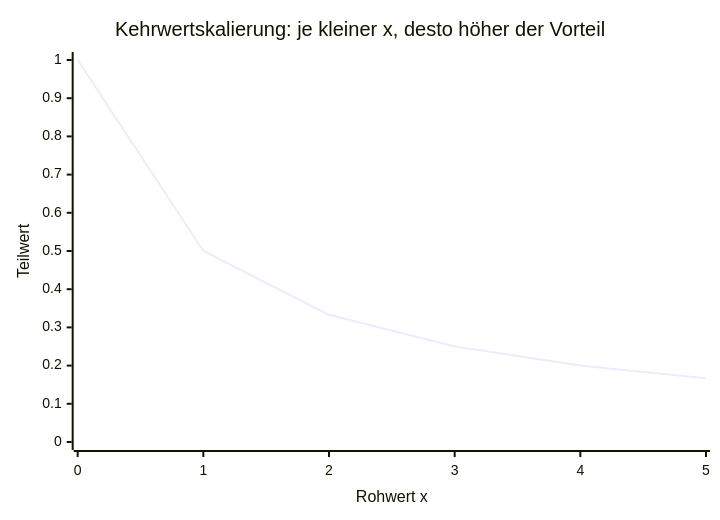
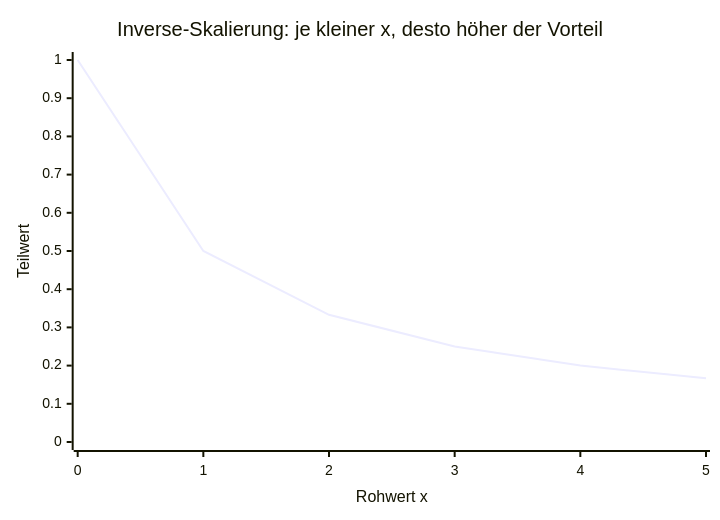
One commit to ghackenberg/SpineML changed the seventh of 12 diagrams in README.md. Above: the diagram before and after it, drawn with Mermaid. The commit also changed other lines of this file, not shown here.

Commit message:
Use inverse scaling terminology

````diff
--- a/README.md
+++ b/README.md
@@ -976,7 +976,7 @@
    ```mermaid
    xychart-beta
-       title "Kehrwertskalierung: je kleiner x, desto höher der Vorteil"
+       title "Inverse-Skalierung: je kleiner x, desto höher der Vorteil"
        x-axis "Rohwert x" [0, 1, 2, 3, 4, 5]
        y-axis "Teilwert" 0 --> 1
        line [1, 0.5, 0.333, 0.25, 0.2, 0.167]
    ```
````
